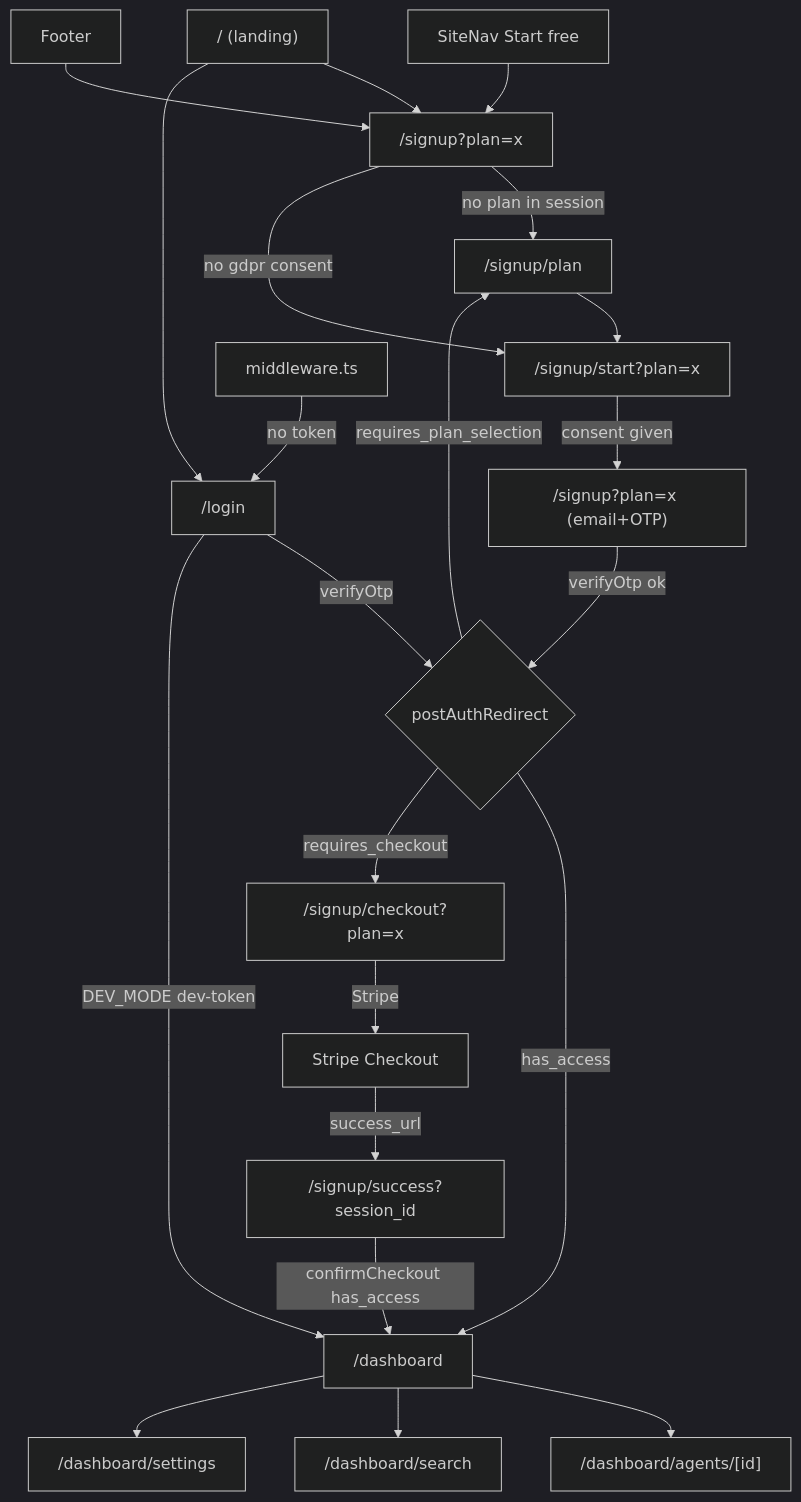
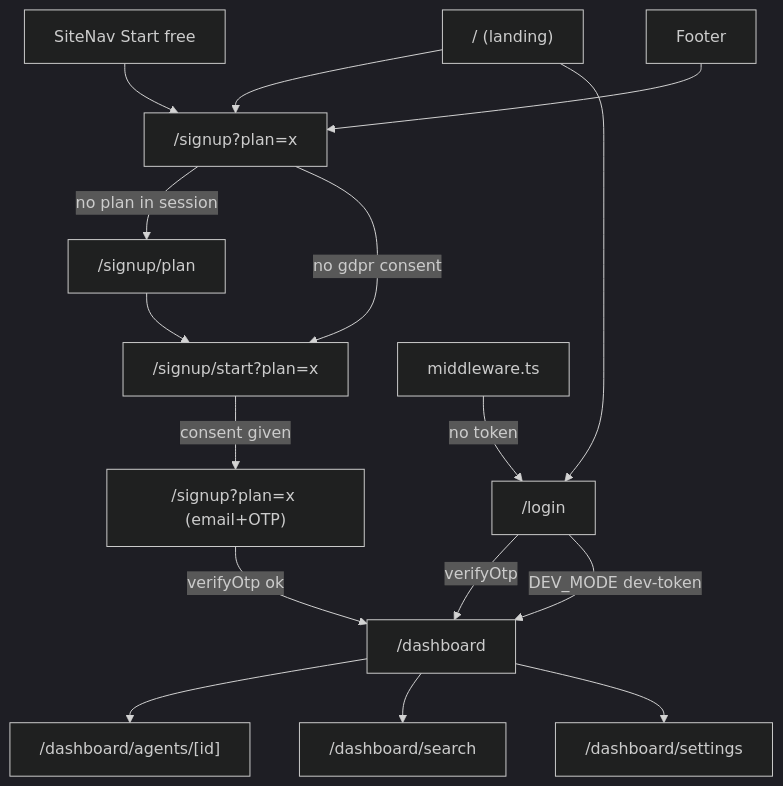
Before and after one commit to Zizka-ai/ZizkaDB: the first of 5 diagrams in dashboard/DASHBOARD_KNOWLEDGE_BASE.md, drawn with Mermaid (dark theme). The commit also changed other lines of this file and 29 other files, not shown here.

First line of the commit message:
Remove Stripe billing and simplify signup to plan-trial flow.

````diff
--- a/dashboard/DASHBOARD_KNOWLEDGE_BASE.md
+++ b/dashboard/DASHBOARD_KNOWLEDGE_BASE.md
@@ -145,24 +142,18 @@
 ```mermaid
 flowchart TD
   Landing["/ (landing)"] --> Signup["/signup?plan=x"]
   Landing --> Login["/login"]
   SiteNav["SiteNav Start free"] --> Signup
   Footer --> Signup
   Signup -->|no plan in session| Plan["/signup/plan"]
   Signup -->|no gdpr consent| Start["/signup/start?plan=x"]
   Plan --> Start
   Start -->|consent given| Signup2["/signup?plan=x (email+OTP)"]
-  Signup2 -->|verifyOtp ok| Redirect{"postAuthRedirect"}
-  Redirect -->|has_access| Dash["/dashboard"]
-  Redirect -->|requires_plan_selection| Plan
-  Redirect -->|requires_checkout| Checkout["/signup/checkout?plan=x"]
-  Checkout -->|Stripe| StripeExt["Stripe Checkout"]
-  StripeExt -->|success_url| Success["/signup/success?session_id"]
-  Success -->|confirmCheckout has_access| Dash
-  Login -->|verifyOtp| Redirect
+  Signup2 -->|verifyOtp ok| Dash["/dashboard"]
+  Login -->|verifyOtp| Dash
   Login -->|DEV_MODE dev-token| Dash
   Middleware["middleware.ts"] -->|no token| Login
   Dash --> AgentDetail["/dashboard/agents/[id]"]
   Dash --> Search["/dashboard/search"]
   Dash --> Settings["/dashboard/settings"]
 ```
````
